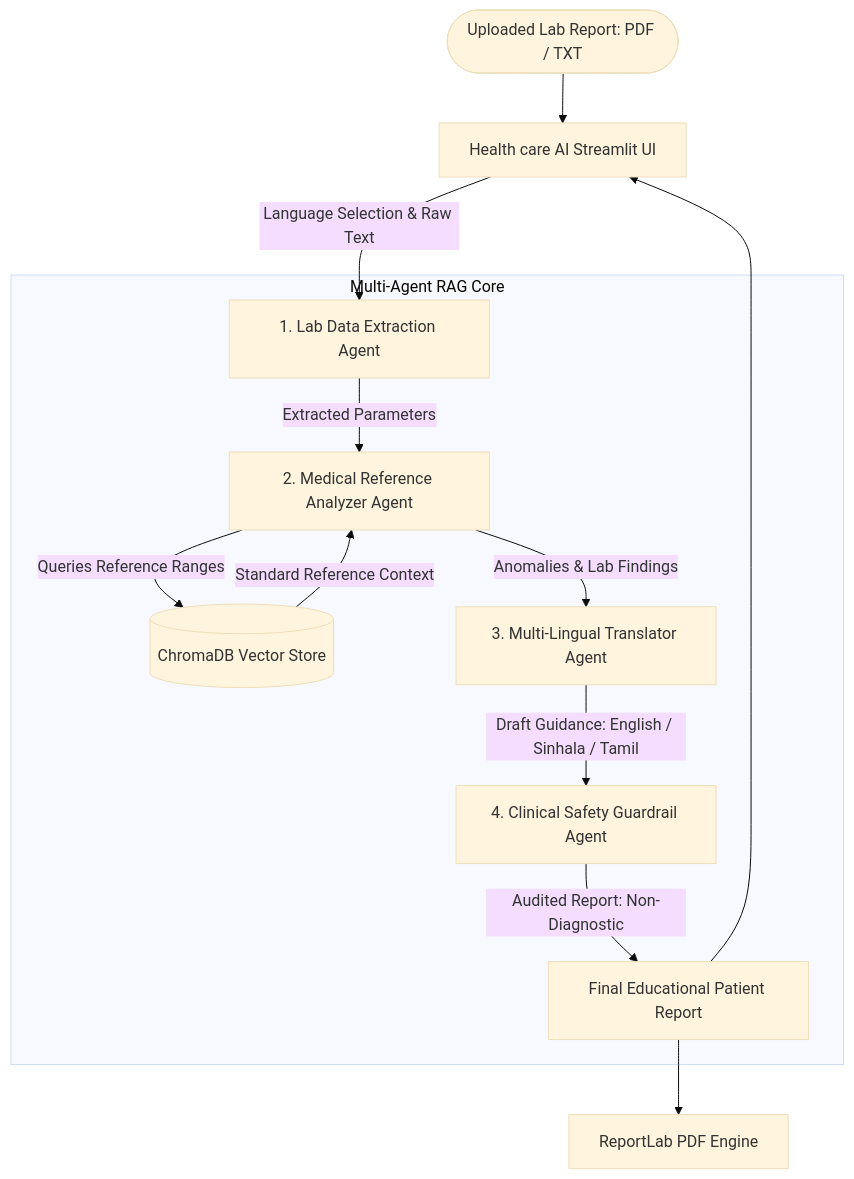
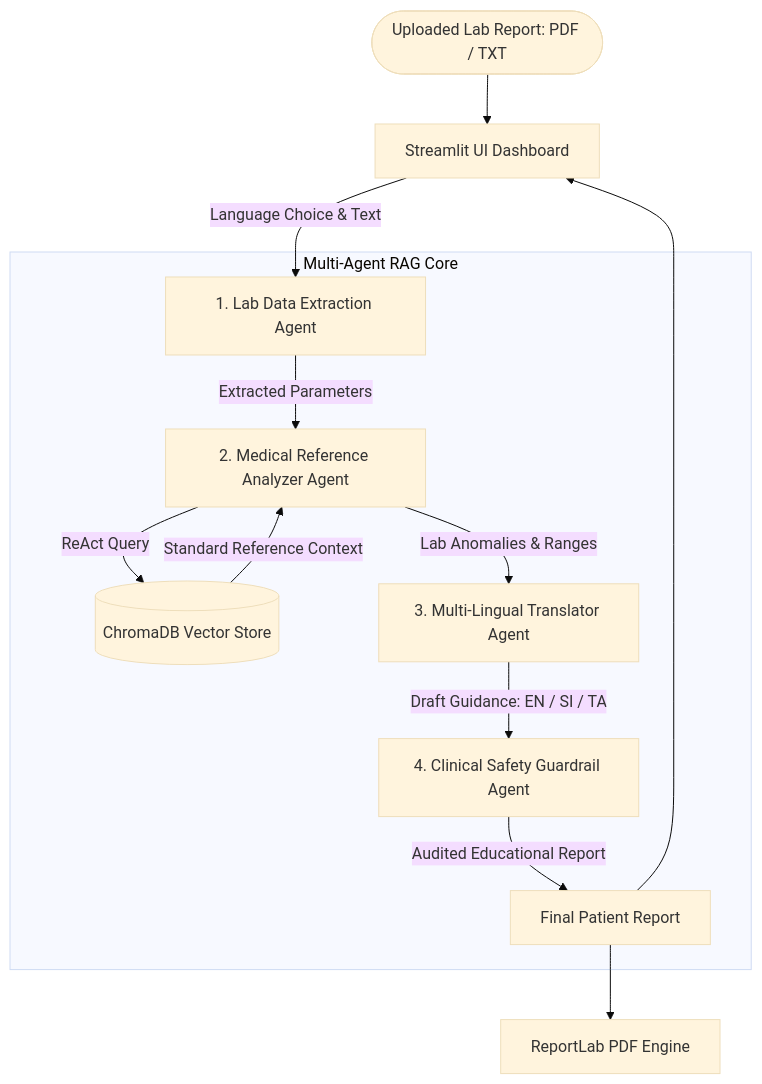
One commit to AnjanaMadhushanaj/Heart_Agent_App changed the diagram in README.md. Above: the diagram before and after it, drawn with Mermaid (base theme). The commit also changed other lines of this file, not shown here.

````diff
--- a/README.md
+++ b/README.md
@@ -25,17 +59,17 @@
 ```mermaid
 graph TD
-    User([Uploaded Lab Report: PDF / TXT]) --> UI[Health care AI Streamlit UI]
-    UI -->|Language Selection & Raw Text| Agent1[1. Lab Data Extraction Agent]
+    User([Uploaded Lab Report: PDF / TXT]) --> UI[Streamlit UI Dashboard]
+    UI -->|Language Choice & Text| Agent1[1. Lab Data Extraction Agent]
     
     subgraph Multi-Agent RAG Core
         Agent1 -->|Extracted Parameters| Agent2[2. Medical Reference Analyzer Agent]
-        Agent2 -->|Queries Reference Ranges| RAG[(ChromaDB Vector Store)]
+        Agent2 -->|ReAct Query| RAG[(ChromaDB Vector Store)]
         RAG -->|Standard Reference Context| Agent2
-        Agent2 -->|Anomalies & Lab Findings| Agent3[3. Multi-Lingual Translator Agent]
-        Agent3 -->|Draft Guidance: English / Sinhala / Tamil| Agent4[4. Clinical Safety Guardrail Agent]
-        Agent4 -->|Audited Report: Non-Diagnostic| FinalReport[Final Educational Patient Report]
+        Agent2 -->|Lab Anomalies & Ranges| Agent3[3. Multi-Lingual Translator Agent]
+        Agent3 -->|Draft Guidance: EN / SI / TA| Agent4[4. Clinical Safety Guardrail Agent]
+        Agent4 -->|Audited Educational Report| FinalReport[Final Patient Report]
     end
     
     FinalReport --> UI
     FinalReport --> PDF[ReportLab PDF Engine]
 ```
````
